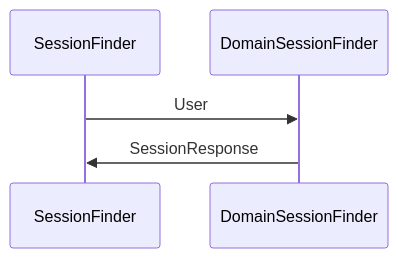
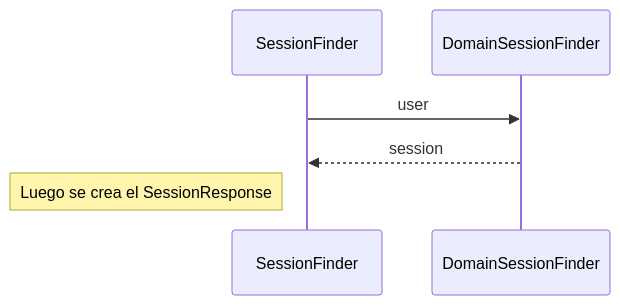
One commit to ezevillafae/hangman changed the diagram in docs/services/application/session-finder.md. Above: the diagram before and after it, drawn with Mermaid. The commit also changed other lines of this file and 2 other files, not shown here.

`````diff
--- a/docs/services/application/session-finder.md
+++ b/docs/services/application/session-finder.md
@@ -8,8 +9,8 @@
 ````mermaid
 sequenceDiagram
     participant SessionFinder
     participant DomainSessionFinder
-    SessionFinder ->> DomainSessionFinder:User
-    DomainSessionFinder ->> SessionFinder:SessionResponse
-  
+    SessionFinder ->> DomainSessionFinder: user
+    DomainSessionFinder -->> SessionFinder: session
+    Note left of SessionFinder: Luego se crea el SessionResponse
 ````
`````
